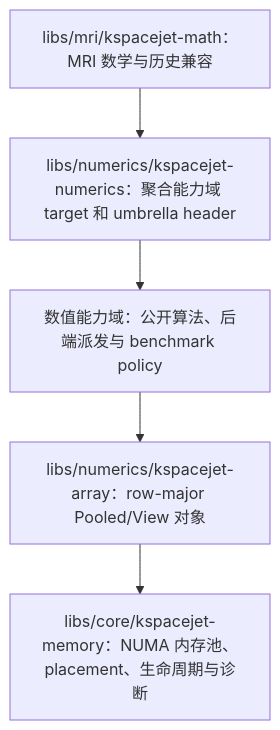
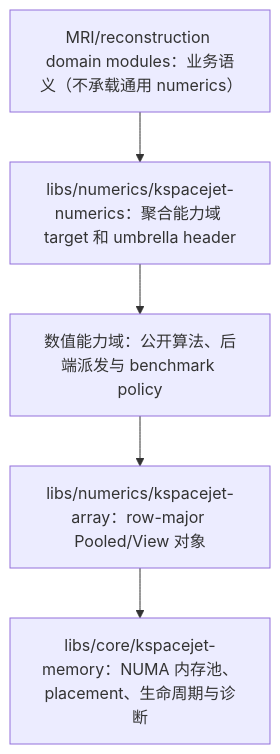
One commit to isqiwen/KSpaceJet changed the first of 9 diagrams in docs/kspacejet_memory_array_numerics_design.md. Above: the diagram before and after it, drawn with Mermaid. The commit also changed other lines of this file and 95 other files, not shown here.

````diff
--- a/docs/kspacejet_memory_array_numerics_design.md
+++ b/docs/kspacejet_memory_array_numerics_design.md
@@ -7,10 +7,10 @@
 ```mermaid
 flowchart TB
-    mriMathLayer["libs/mri/kspacejet-math：MRI 数学与历史兼容"]
+    mriDomainLayer["MRI/reconstruction domain modules：业务语义（不承载通用 numerics）"]
     numericsLayer["libs/numerics/kspacejet-numerics：聚合能力域 target 和 umbrella header"]
     domainLayer["数值能力域：公开算法、后端派发与 benchmark policy"]
     arrayLayer["libs/numerics/kspacejet-array：row-major Pooled/View 对象"]
     memoryLayer["libs/core/kspacejet-memory：NUMA 内存池、placement、生命周期与诊断"]
 
-    mriMathLayer --> numericsLayer --> domainLayer --> arrayLayer --> memoryLayer
+    mriDomainLayer --> numericsLayer --> domainLayer --> arrayLayer --> memoryLayer
 ```
````
